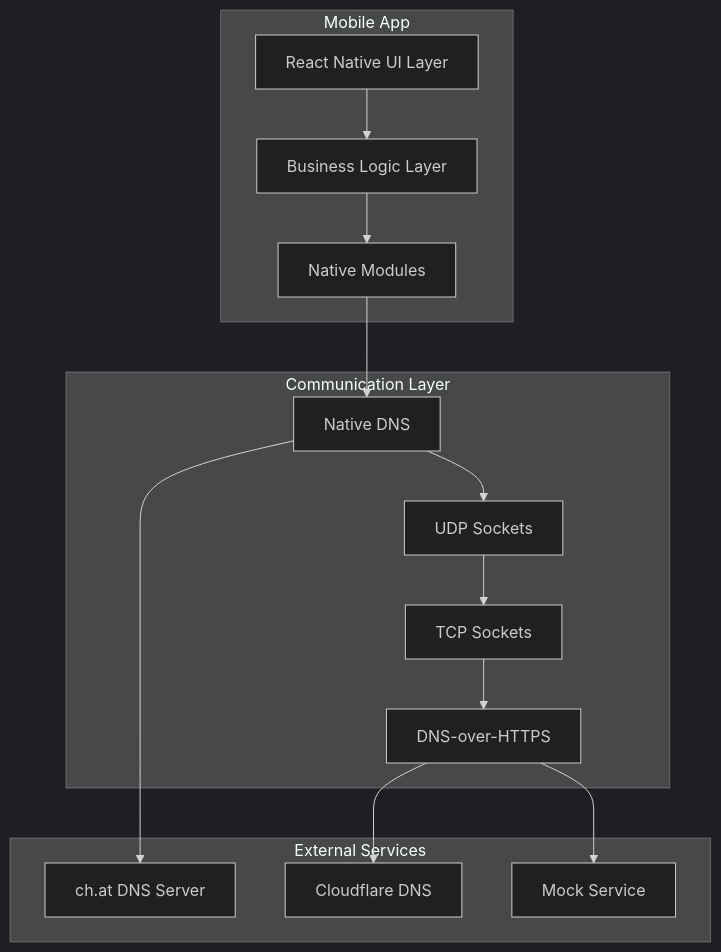
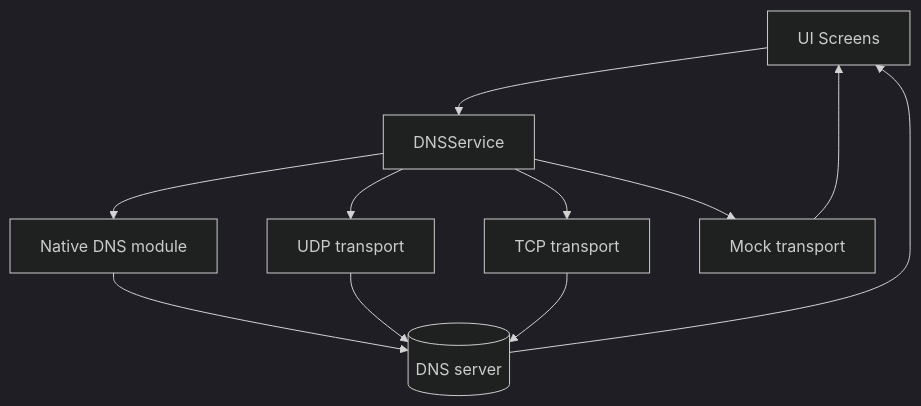
Before and after one commit to mneves75/dnschat: the diagram in docs/architecture/SYSTEM-ARCHITECTURE.md, drawn with Mermaid (dark theme). The commit also changed other lines of this file and 249 other files, not shown here.

````diff
--- a/docs/architecture/SYSTEM-ARCHITECTURE.md
+++ b/docs/architecture/SYSTEM-ARCHITECTURE.md
@@ -13,31 +15,13 @@
 ```mermaid
 graph TB
-    subgraph "Mobile App"
-        UI[React Native UI Layer]
-        BL[Business Logic Layer]
-        NM[Native Modules]
-    end
-
-    subgraph "Communication Layer"
-        DNS[Native DNS]
-        UDP[UDP Sockets]
-        TCP[TCP Sockets]
-        HTTPS[DNS-over-HTTPS]
-    end
-
-    subgraph "External Services"
-        CHAT[ch.at DNS Server]
-        CF[Cloudflare DNS]
-        MOCK[Mock Service]
-    end
-
-    UI --> BL
-    BL --> NM
-    NM --> DNS
-    DNS --> CHAT
-    DNS --> UDP
-    UDP --> TCP
-    TCP --> HTTPS
-    HTTPS --> CF
-    HTTPS --> MOCK
+  UI[UI Screens] --> SVC[DNSService]
+  SVC --> NATIVE[Native DNS module]
+  SVC --> UDP[UDP transport]
+  SVC --> TCP[TCP transport]
+  SVC --> MOCK[Mock transport]
+  NATIVE --> DNS[(DNS server)]
+  UDP --> DNS
+  TCP --> DNS
+  MOCK --> UI
+  DNS --> UI
 ```
````
